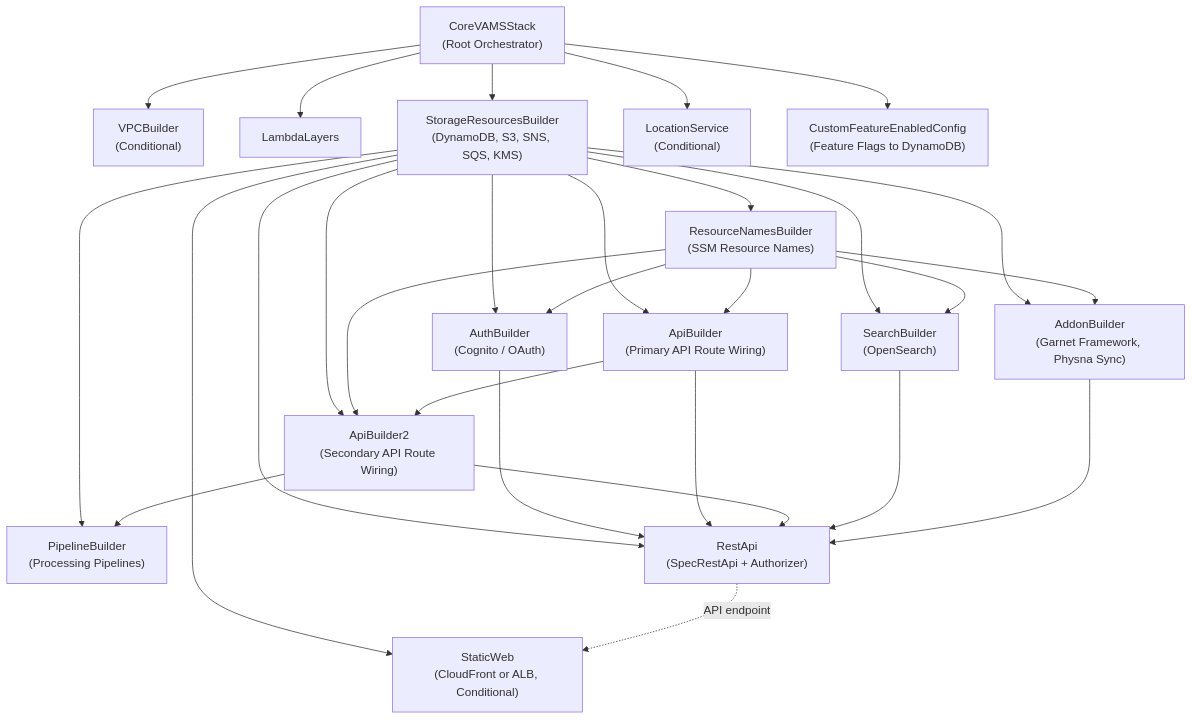
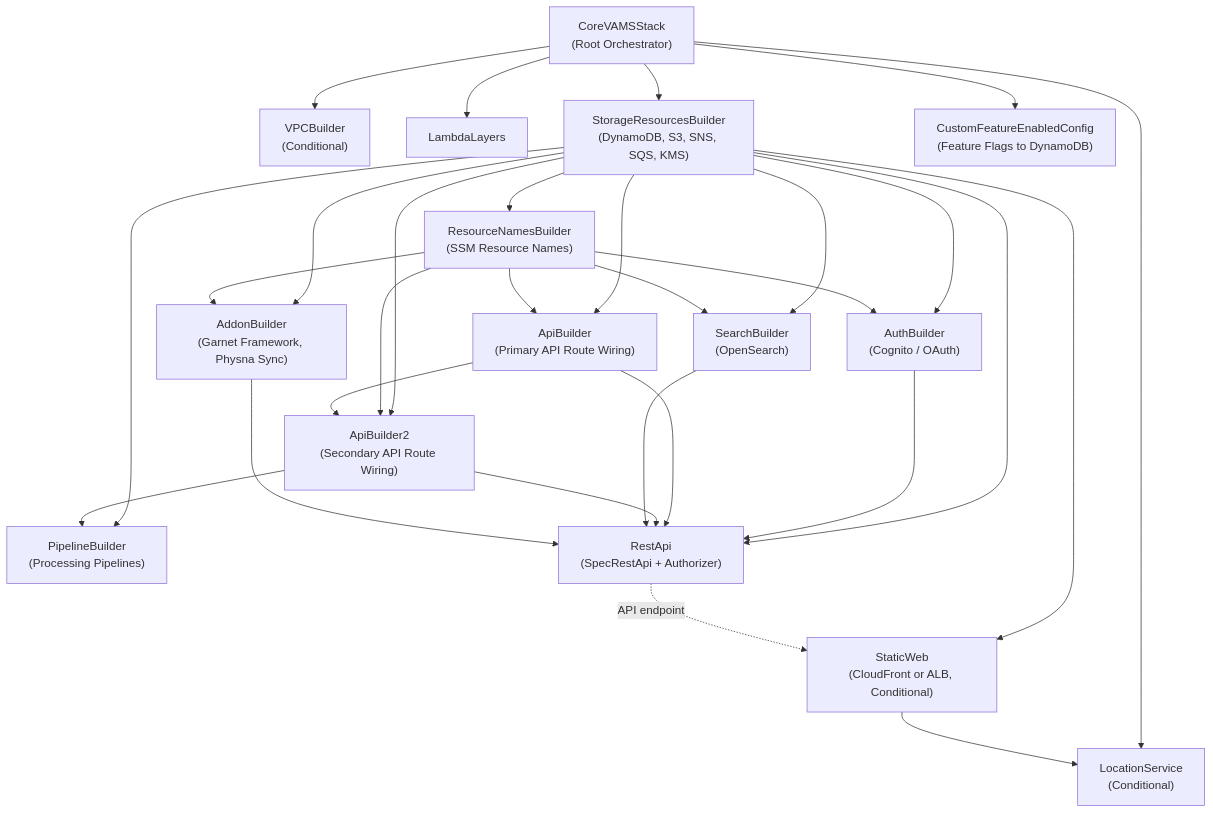
Before and after one commit to awslabs/visual-asset-management-system: the third of 3 diagrams in documentation/docusaurus-site/docs/architecture/overview.md, drawn with Mermaid. The commit also changed other lines of this file and 11 other files, not shown here.

Commit message:
fix(cdk): limit the Location Service map key to the deployment's web origins (#579)

````diff
--- a/documentation/docusaurus-site/docs/architecture/overview.md
+++ b/documentation/docusaurus-site/docs/architecture/overview.md
@@ -132,46 +132,47 @@
 ```mermaid
 graph TD
     Core["CoreVAMSStack<br/>(Root Orchestrator)"]
     VPC["VPCBuilder<br/>(Conditional)"]
     Layers["LambdaLayers"]
     Storage["StorageResourcesBuilder<br/>(DynamoDB, S3, SNS, SQS, KMS)"]
     Names["ResourceNamesBuilder<br/>(SSM Resource Names)"]
     Auth["AuthBuilder<br/>(Cognito / OAuth)"]
     APIBuilder["ApiBuilder<br/>(Primary API Route Wiring)"]
     APIBuilder2["ApiBuilder2<br/>(Secondary API Route Wiring)"]
     Search["SearchBuilder<br/>(OpenSearch)"]
     Pipelines["PipelineBuilder<br/>(Processing Pipelines)"]
     Addons["AddonBuilder<br/>(Garnet Framework, Physna Sync)"]
     API["RestApi<br/>(SpecRestApi + Authorizer)"]
     StaticWeb["StaticWeb<br/>(CloudFront or ALB, Conditional)"]
     Location["LocationService<br/>(Conditional)"]
     Features["CustomFeatureEnabledConfig<br/>(Feature Flags to DynamoDB)"]
 
     Core --> VPC
     Core --> Layers
     Core --> Storage
     Core --> Location
     Core --> Features
     Storage --> Names
     Storage --> Auth
     Names --> Auth
     Storage --> APIBuilder
     Names --> APIBuilder
     Storage --> APIBuilder2
     Names --> APIBuilder2
     APIBuilder --> APIBuilder2
     Storage --> Search
     Names --> Search
     Storage --> Pipelines
     APIBuilder2 --> Pipelines
     Storage --> Addons
     Names --> Addons
     Storage --> API
     Auth --> API
     APIBuilder --> API
     APIBuilder2 --> API
     Search --> API
     Addons --> API
     Storage --> StaticWeb
     API -.->|API endpoint| StaticWeb
+    StaticWeb --> Location
 ```
````
